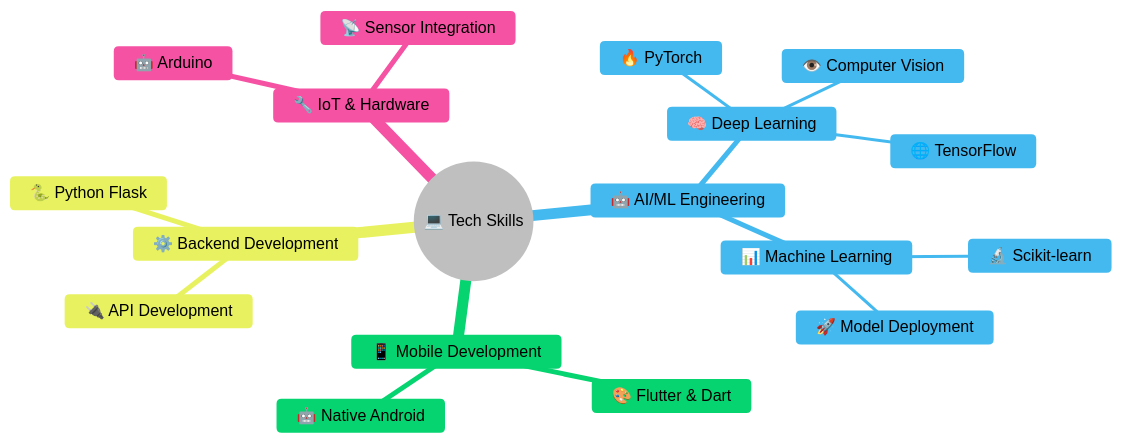
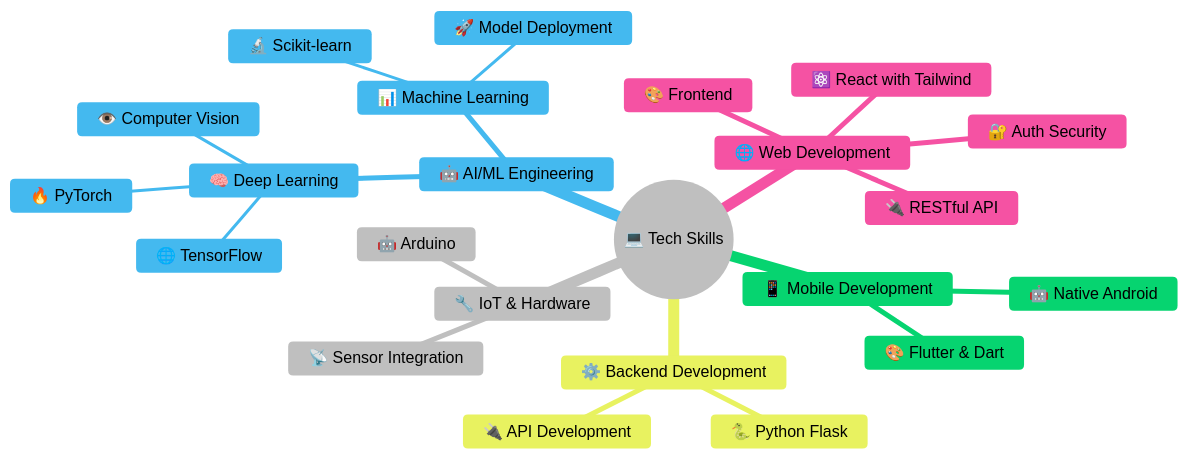
One commit to prabhjot0109/prabhjot0109 changed the diagram in README.md. Above: the diagram before and after it, drawn with Mermaid. The commit also changed other lines of this file, not shown here.

````diff
--- a/README.md
+++ b/README.md
@@ -45,42 +45,47 @@
 ```mermaid
 %%{init: {
   'theme': 'base',
   'themeVariables': {
     'primaryColor': '#ffffffff',
     'primaryTextColor': '#000000ff',
     'primaryBorderColor': '#1d4ed8',
     'lineColor': '#597fb4ff',
     'secondaryColor': '#0e12e9ff',
     'tertiaryColor': '#06b6d4',
     'background': '#596d9cff',
     'mainBkg': '#1e293b',
     'secondBkg': '#4f71a1ff',
     'tertiaryBkg': '#42597aff',
     'cScale0': '#2563eb',
     'cScale1': '#44b9efff',
     'cScale2': '#06d470ff',
     'cScale3': '#e8f260ff',
     'cScale4': '#f552a3ff'
   }
 }}%%
 
 mindmap
   root((💻 Tech Skills))
     🤖 AI/ML Engineering
       🧠 Deep Learning
         🔥 PyTorch
         🌐 TensorFlow
         👁️ Computer Vision
       📊 Machine Learning
         🔬 Scikit-learn
         🚀 Model Deployment
     📱 Mobile Development
       🎨 Flutter & Dart
       🤖 Native Android
     ⚙️ Backend Development
       🐍 Python Flask
       🔌 API Development
+    🌐 Web Development
+      ⚛️ React with Tailwind
+      🎨 Frontend
+      🔐 Auth Security
+      🔌 RESTful API
     🔧 IoT & Hardware
       🤖 Arduino
       📡 Sensor Integration
 ```
````
